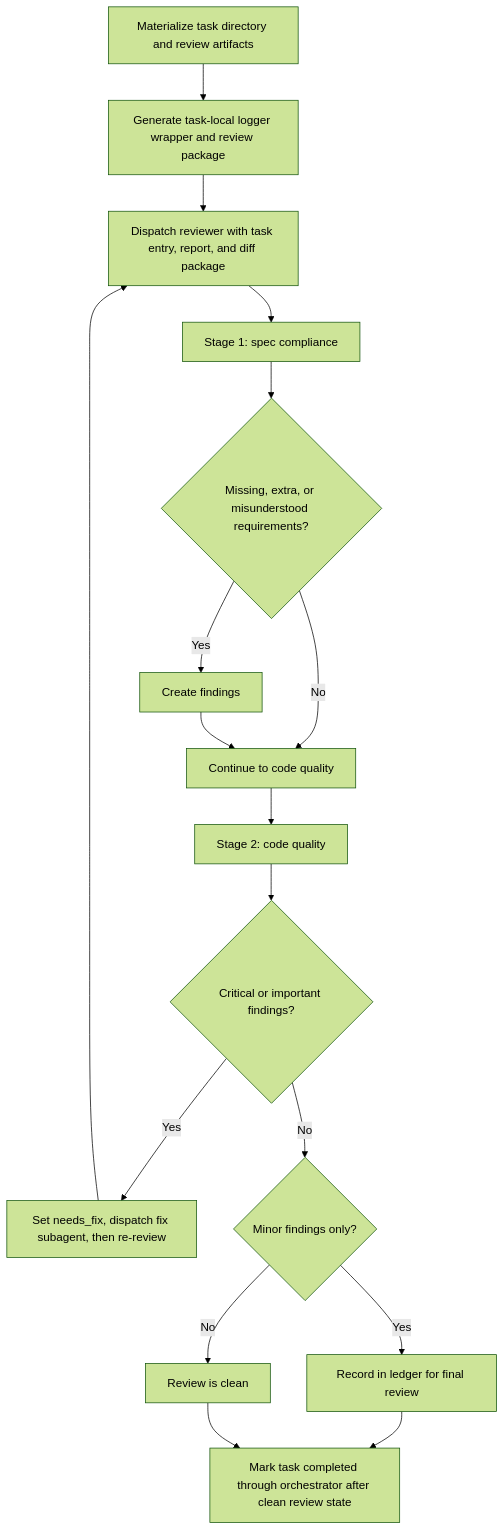
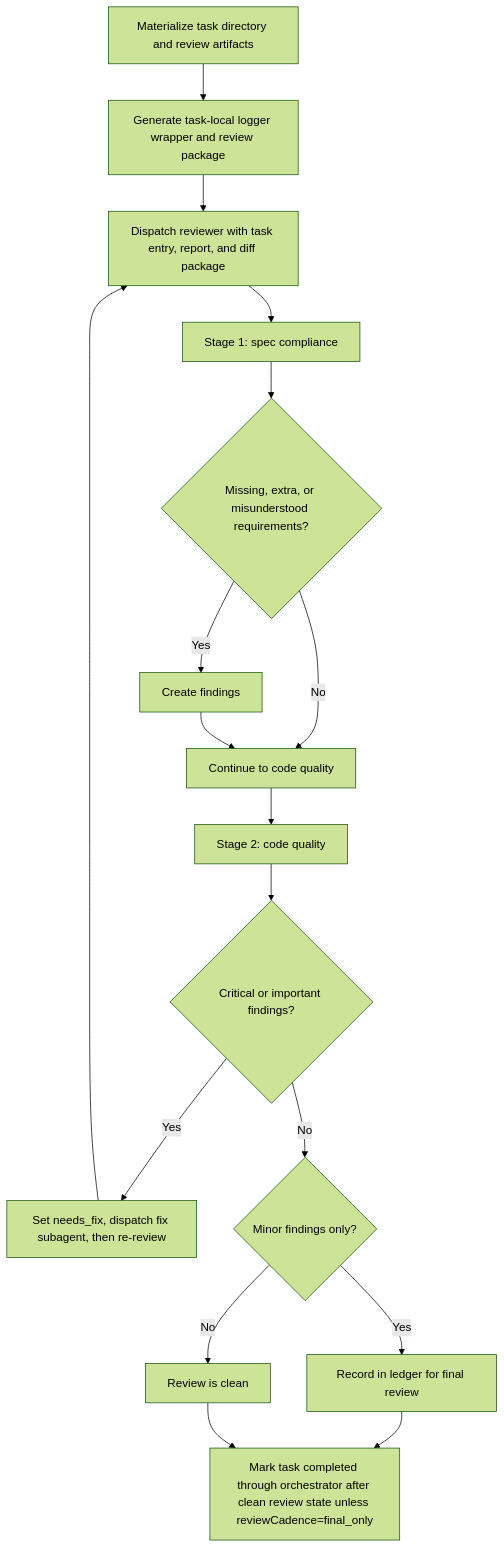
One commit to gugacarbo/agents-skills changed the eighth of 11 diagrams in super-planning/docs/AGENT-DECISION-FLOW.md. Above: the diagram before and after it, drawn with Mermaid (forest theme). The commit also changed other lines of this file and 19 other files, not shown here.

````diff
--- a/super-planning/docs/AGENT-DECISION-FLOW.md
+++ b/super-planning/docs/AGENT-DECISION-FLOW.md
@@ -180,19 +181,19 @@
 ```mermaid
 flowchart TD
     A["Materialize task directory and review artifacts"] --> B["Generate task-local logger wrapper and review package"]
     B --> C["Dispatch reviewer with task entry, report, and diff package"]
     C --> D["Stage 1: spec compliance"]
     D --> E{"Missing, extra, or misunderstood requirements?"}
     E -->|Yes| F["Create findings"]
     E -->|No| G["Continue to code quality"]
     F --> G
     G --> H["Stage 2: code quality"]
     H --> I{"Critical or important findings?"}
     I -->|Yes| J["Set needs_fix, dispatch fix subagent, then re-review"]
     I -->|No| K{"Minor findings only?"}
     K -->|Yes| L["Record in ledger for final review"]
     K -->|No| M["Review is clean"]
     J --> C
-    L --> N["Mark task completed through orchestrator after clean review state"]
+    L --> N["Mark task completed through orchestrator after clean review state unless reviewCadence=final_only"]
     M --> N
 ```
````
